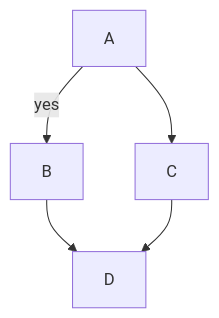
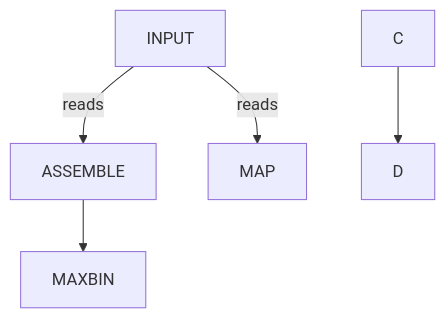
Before and after one commit to telatin/nf-channel-error: the first of 2 diagrams in README.md, drawn with Mermaid.

````diff
--- a/README.md
+++ b/README.md
@@ -6,7 +6,7 @@
 ```mermaid
 graph TD;
-  A -- yes --> B;
-  A  -->   C;
-  B-->D;
+  INPUT -- reads --> ASSEMBLE;
+  INPUT -- reads -->   MAP;
+  ASSEMBLE --> MAXBIN;
   C-->D;
 ```
````
